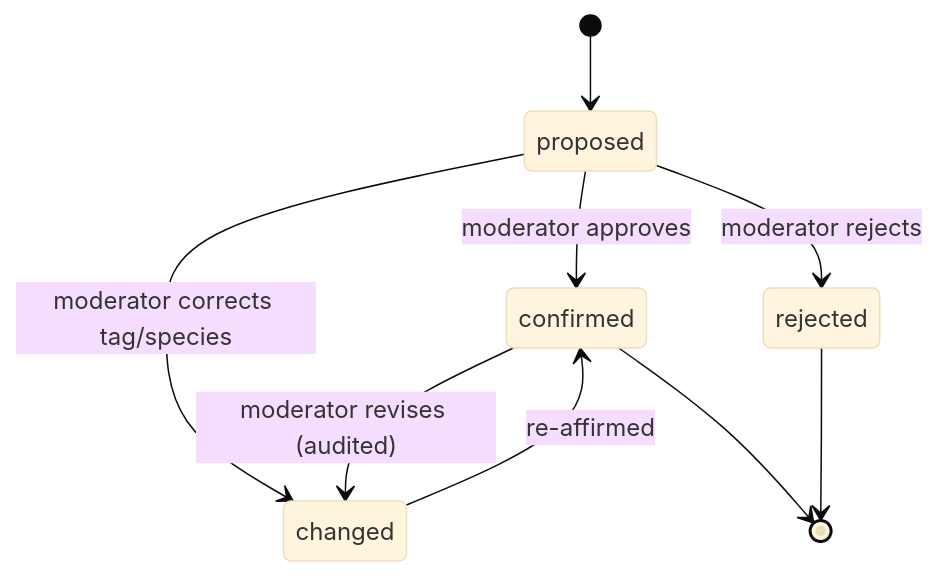
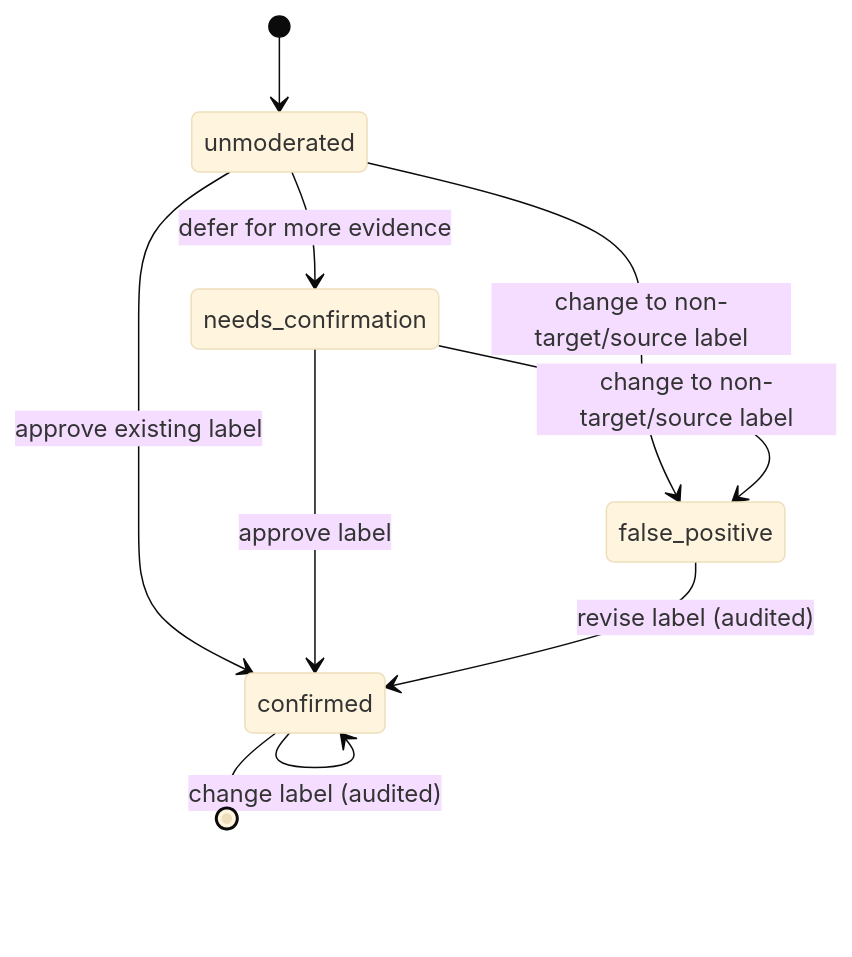
One commit to orcasound/orcahello changed the second of 2 diagrams in ModeratorFrontEnd/specification/signal-moderation-ux-proposal.md. Above: the diagram before and after it, drawn with Mermaid (base theme). The commit also changed other lines of this file and 13 other files, not shown here.

````diff
--- a/ModeratorFrontEnd/specification/signal-moderation-ux-proposal.md
+++ b/ModeratorFrontEnd/specification/signal-moderation-ux-proposal.md
@@ -630,11 +607,12 @@
 ```mermaid
 stateDiagram-v2
-  [*] --> proposed
-  proposed --> confirmed: moderator approves
-  proposed --> changed: moderator corrects tag/species
-  proposed --> rejected: moderator rejects
-  confirmed --> changed: moderator revises (audited)
-  changed --> confirmed: re-affirmed
+  [*] --> unmoderated
+  unmoderated --> confirmed: approve existing label
+  unmoderated --> false_positive: change to non-target/source label
+  unmoderated --> needs_confirmation: defer for more evidence
+  needs_confirmation --> confirmed: approve label
+  needs_confirmation --> false_positive: change to non-target/source label
+  confirmed --> confirmed: change label (audited)
+  false_positive --> confirmed: revise label (audited)
   confirmed --> [*]
-  rejected --> [*]
 ```
````
